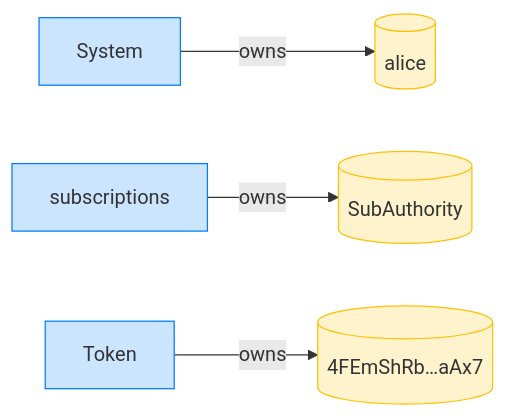
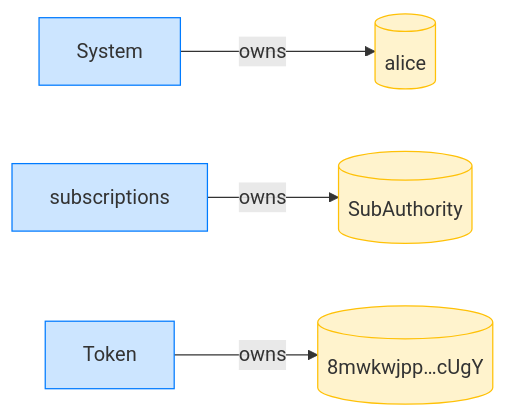
The eighth of 12 diagrams in dsl_tests/fixed-delegation-rejects-a-different-mint-transfer.md (cds-rs/subscriptions), drawn with Mermaid before and after one commit. The commit also changed other lines of this file and 224 other files, not shown here.

````diff
--- a/dsl_tests/fixed-delegation-rejects-a-different-mint-transfer.md
+++ b/dsl_tests/fixed-delegation-rejects-a-different-mint-transfer.md
@@ -73,14 +164,14 @@
 ```mermaid
 flowchart LR
     classDef owner fill:#cce5ff,stroke:#007bff;
     classDef account fill:#fff3cd,stroke:#ffc107;
     System[System]:::owner
     alice[(alice)]:::account
     subscriptions[subscriptions]:::owner
     SubAuthority[(SubAuthority)]:::account
     Token[Token]:::owner
-    4FEmShRb_aAx7[("4FEmShRb…aAx7")]:::account
+    8mwkwjpp_cUgY[("8mwkwjpp…cUgY")]:::account
     System -->|owns| alice
     subscriptions -->|owns| SubAuthority
-    Token -->|owns| 4FEmShRb_aAx7
+    Token -->|owns| 8mwkwjpp_cUgY
 ```
````
